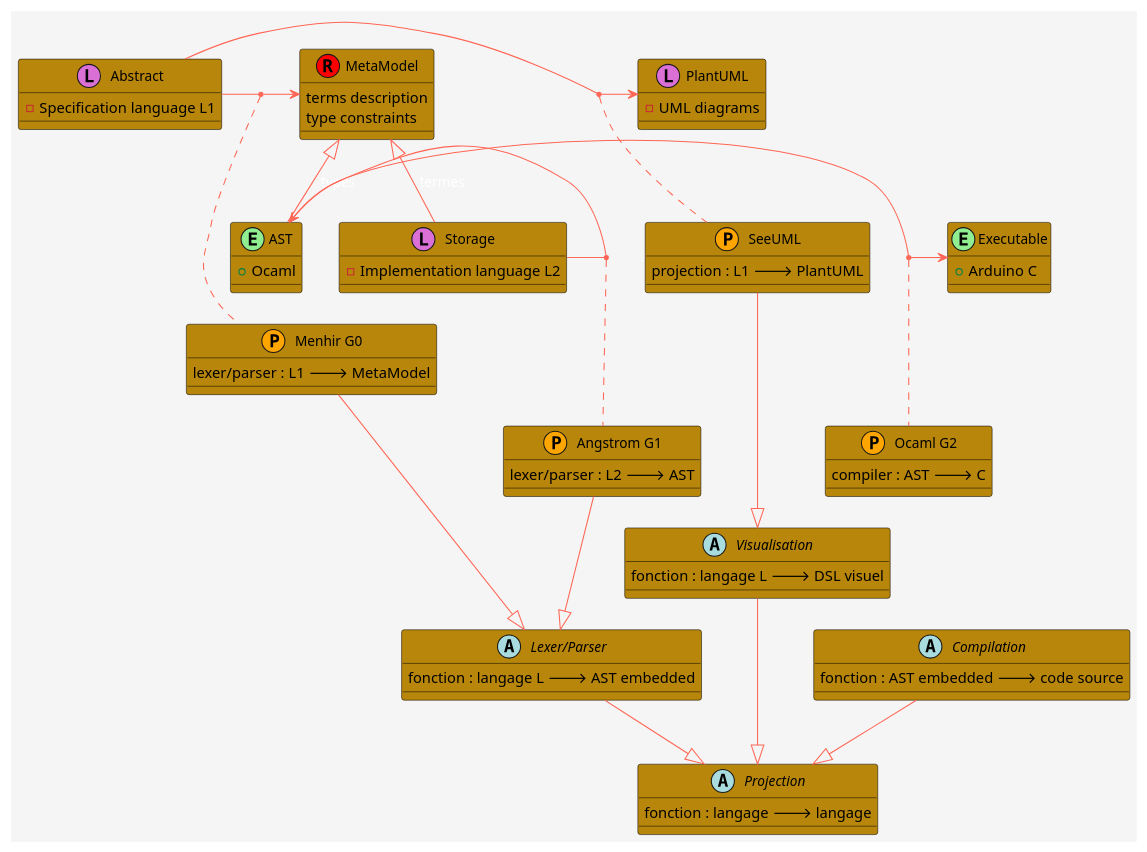
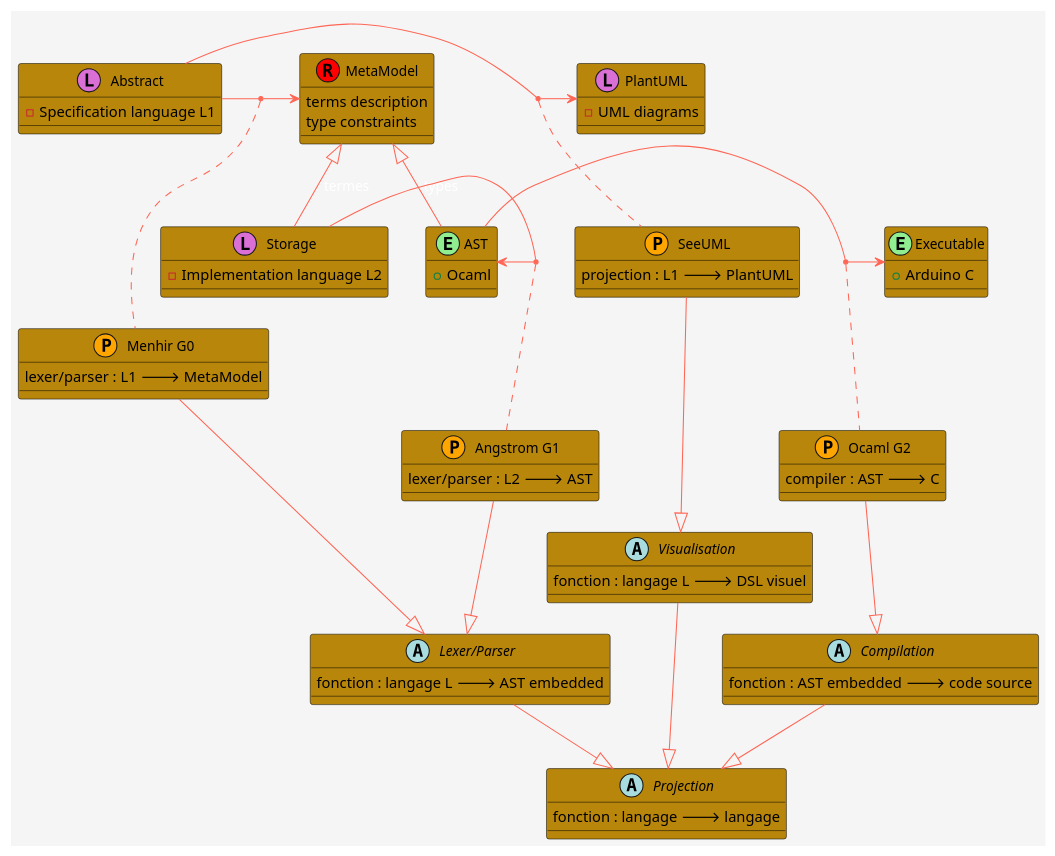
One commit to gliboc/sec-labs changed the diagram in lab_1/_code/step7/model-gen-model.puml. Above: the diagram before and after it, drawn with PlantUML. The commit also changed 4 other files, not shown here.

```diff
--- a/lab_1/_code/step7/model-gen-model.puml
+++ b/lab_1/_code/step7/model-gen-model.puml
@@ -1,106 +1,108 @@
 @startuml
 
 skinparam BackgroundColor  WhiteSmoke
 
 skinparam class {
 FontSize 13
 BackgroundColor<<Apache>> Red
 BorderColor<<Apache>> #FF6655
 FontName Droid Sans
 BorderColor black
 BackgroundColor DarkGoldenRod
 ArrowFontName Fira Code
 ArrowColor #FF6655
 ArrowFontColor #FFFFFF
 }
 
 ' DSL are with squares
 ' Embedded are with circles
 ' Compilers / Transpilations are with : ?
 
 class Abstract <<(L,orchid)>> {
     - Specification language L1
 }
 
 Abstract -> PlantUML
 (Abstract, PlantUML) . SeeUML
 SeeUML --|> Visualisation
 
 class SeeUML <<(P,orange)>> {
     projection : L1 🡒 PlantUML
 }
 
 
 
 
 class AST <<(E,lightgreen)>> {
     + Ocaml
 }
 
 AST --|> MetaModel : "types"
 
 
 class PlantUML <<(L,orchid)>> {
     - UML diagrams
 }
 
 
 class Executable <<(E,lightgreen)>> {
     + Arduino C
 }
 
 class Storage << (L,orchid) >> {
     - Implementation language L2
 }
 
 class "Menhir G0" <<(P,orange)>> {
     lexer/parser : L1 🡒 MetaModel
 }
 
 class MetaModel <<(R,red)>> {
     terms description
     type constraints
 }
 
 Abstract -> MetaModel
 (Abstract, MetaModel) . "Menhir G0"
 
 class "Angstrom G1" <<(P,orange)>> {
     lexer/parser : L2 🡒 AST
 }
 
 class "Ocaml G2" <<(P,orange)>> {
     compiler : AST 🡒 C
 }
 
+"Ocaml G2" --|> Compilation
+
 abstract class Projection {
     fonction : langage 🡒 langage
 }
 
 abstract class Visualisation {
     fonction : langage L 🡒 DSL visuel
 }
 
 abstract class "Lexer/Parser" {
     fonction : langage L 🡒 AST embedded
 }
 
 abstract class Compilation {
     fonction : AST embedded 🡒 code source
 }
 
 Compilation --|> Projection 
 Visualisation --|> Projection 
 "Lexer/Parser" --|> Projection
 
 "Menhir G0" --|> "Lexer/Parser"
 "Angstrom G1" --|> "Lexer/Parser"
 
 Storage -> AST 
 (Storage, AST) . "Angstrom G1"
 AST -> Executable
 (AST, Executable) . "Ocaml G2"
 
 MetaModel <|-- Storage : "termes"
 
 @enduml
```
